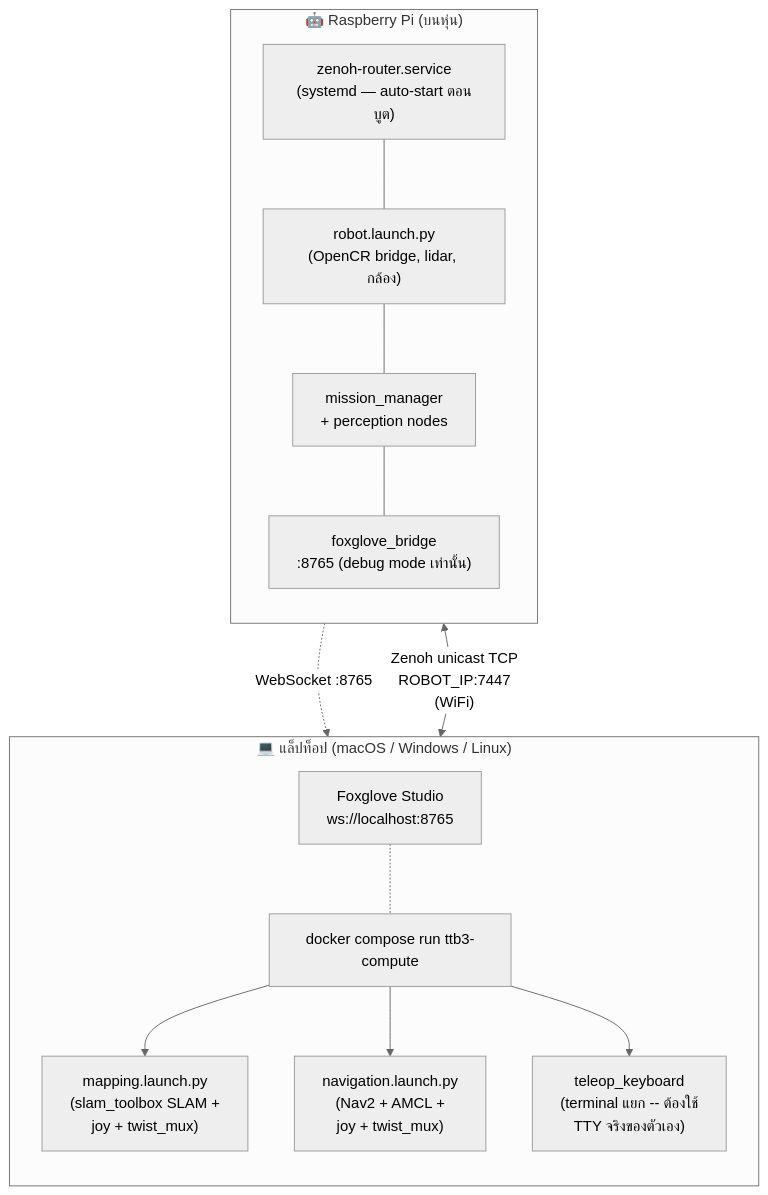
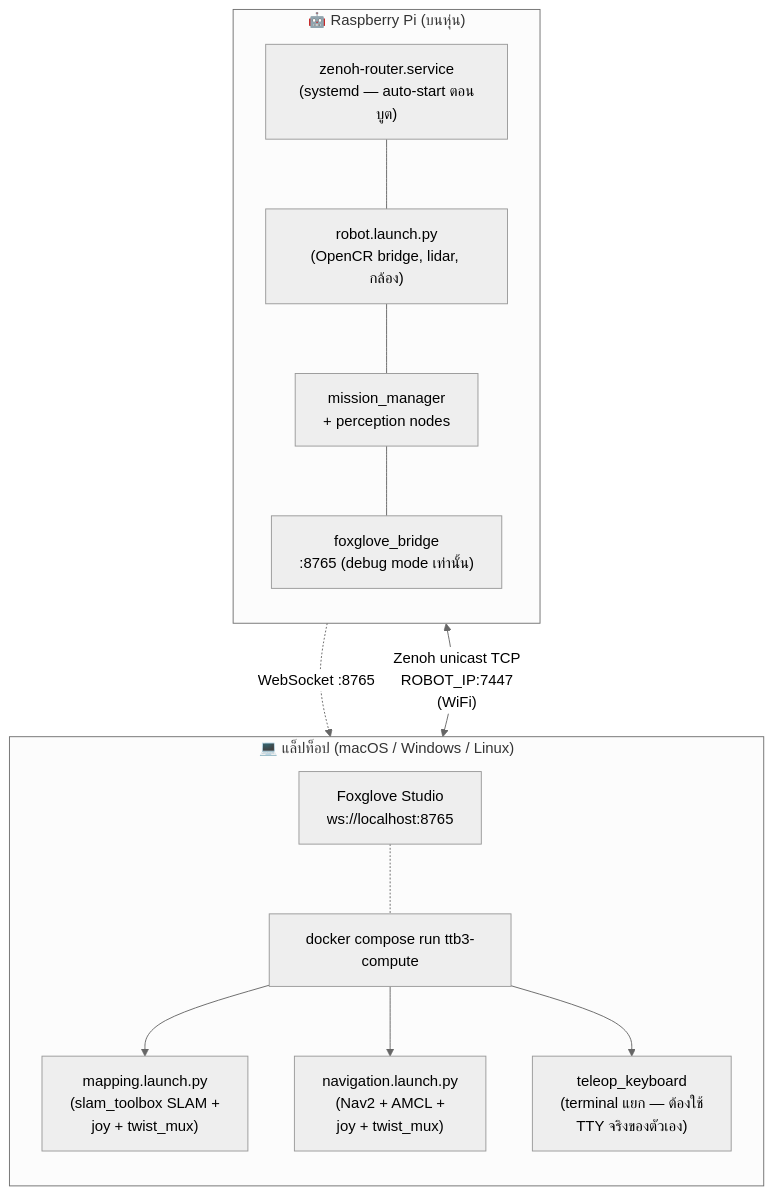
The diagram in docs/th/09-compute-pc.md (robotkub/turtlebot3), drawn with Mermaid (neutral theme) before and after one commit. The commit also changed other lines of this file and 34 other files, not shown here.

````diff
--- a/docs/th/09-compute-pc.md
+++ b/docs/th/09-compute-pc.md
@@ -27,29 +27,29 @@
 ```mermaid
 graph TB
     subgraph Pi["🤖 Raspberry Pi (บนหุ่น)"]
         direction TB
         ZR["zenoh-router.service\n(systemd — auto-start ตอนบูต)"]
         RB["robot.launch.py\n(OpenCR bridge, lidar, กล้อง)"]
         MI["mission_manager\n+ perception nodes"]
         FB["foxglove_bridge\n:8765 (debug mode เท่านั้น)"]
         ZR --- RB
         RB --- MI
         MI --- FB
     end
 
     subgraph Laptop["💻 แล็ปท็อป (macOS / Windows / Linux)"]
         direction TB
         DC["docker compose run ttb3-compute"]
         MAP["mapping.launch.py\n(slam_toolbox SLAM +\njoy + twist_mux)"]
         NAV["navigation.launch.py\n(Nav2 + AMCL +\njoy + twist_mux)"]
-        TP["teleop_keyboard\n(terminal แยก -- ต้องใช้\nTTY จริงของตัวเอง)"]
+        TP["teleop_keyboard\n(terminal แยก — ต้องใช้\nTTY จริงของตัวเอง)"]
         FOX["Foxglove Studio\nws://localhost:8765"]
         DC --> MAP
         DC --> NAV
         DC --> TP
         FOX -.- DC
     end
 
     Pi <-->|"Zenoh unicast TCP\nROBOT_IP:7447\n(WiFi)"| Laptop
     FB -.->|"WebSocket :8765"| FOX
 ```
````
